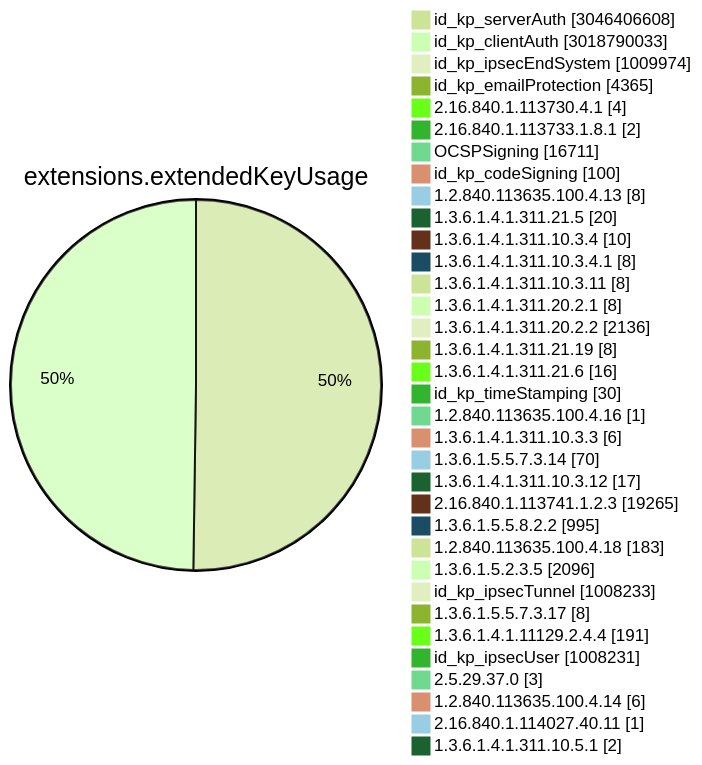
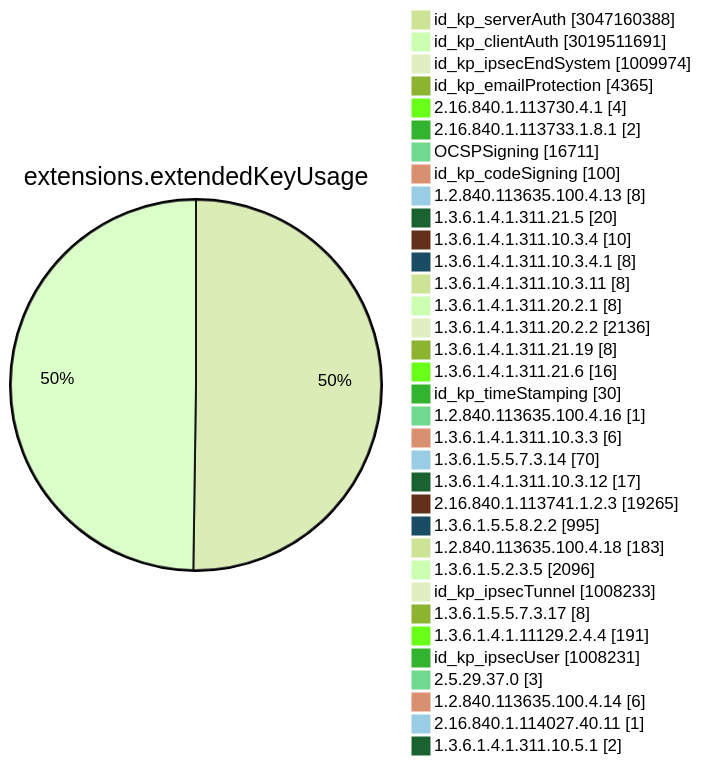
One commit to christiankrug/ctmonitor_visualization changed diagram 11 of 15 in TOTAL/README.md. Above: the diagram before and after it, drawn with Mermaid (forest theme). The commit also changed other lines of this file, not shown here.

````diff
--- a/TOTAL/README.md
+++ b/TOTAL/README.md
@@ -4116,38 +4116,38 @@
 ```mermaid
 pie showData
 title extensions.extendedKeyUsage
-"id_kp_serverAuth" :3046406608
-"id_kp_clientAuth" :3018790033
+"id_kp_serverAuth" :3047160388
+"id_kp_clientAuth" :3019511691
 "id_kp_ipsecEndSystem" :1009974
 "id_kp_emailProtection" :4365
 "2.16.840.1.113730.4.1" :4
 "2.16.840.1.113733.1.8.1" :2
 "OCSPSigning" :16711
 "id_kp_codeSigning" :100
 "1.2.840.113635.100.4.13" :8
 "1.3.6.1.4.1.311.21.5" :20
 "1.3.6.1.4.1.311.10.3.4" :10
 "1.3.6.1.4.1.311.10.3.4.1" :8
 "1.3.6.1.4.1.311.10.3.11" :8
 "1.3.6.1.4.1.311.20.2.1" :8
 "1.3.6.1.4.1.311.20.2.2" :2136
 "1.3.6.1.4.1.311.21.19" :8
 "1.3.6.1.4.1.311.21.6" :16
 "id_kp_timeStamping" :30
 "1.2.840.113635.100.4.16" :1
 "1.3.6.1.4.1.311.10.3.3" :6
 "1.3.6.1.5.5.7.3.14" :70
 "1.3.6.1.4.1.311.10.3.12" :17
 "2.16.840.1.113741.1.2.3" :19265
 "1.3.6.1.5.5.8.2.2" :995
 "1.2.840.113635.100.4.18" :183
 "1.3.6.1.5.2.3.5" :2096
 "id_kp_ipsecTunnel" :1008233
 "1.3.6.1.5.5.7.3.17" :8
 "1.3.6.1.4.1.11129.2.4.4" :191
 "id_kp_ipsecUser" :1008231
 "2.5.29.37.0" :3
 "1.2.840.113635.100.4.14" :6
 "2.16.840.1.114027.40.11" :1
 "1.3.6.1.4.1.311.10.5.1" :2
 ```
````
